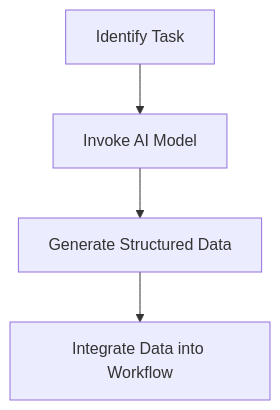
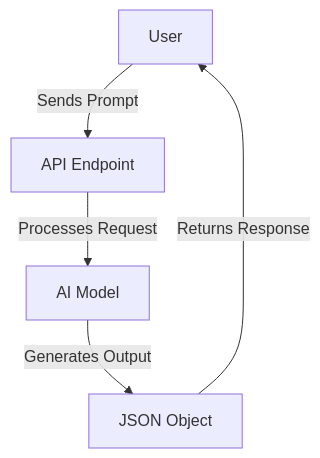
The diagram in apps/structured-output/README.md (reeawnc/cloudflare), drawn with Mermaid before and after one commit. The commit also changed other lines of this file and 18 other files, not shown here.

````diff
--- a/apps/structured-output/README.md
+++ b/apps/structured-output/README.md
@@ -109,6 +93,7 @@
 ```mermaid
 graph TD;
-    A[Identify Task] --> B[Invoke AI Model];
-    B --> C[Generate Structured Data];
-    C --> D[Integrate Data into Workflow];
+    A[User] -->|Sends Prompt| B[API Endpoint]
+    B -->|Processes Request| C[AI Model]
+    C -->|Generates Output| D[JSON Object]
+    D -->|Returns Response| A
 ```
````
